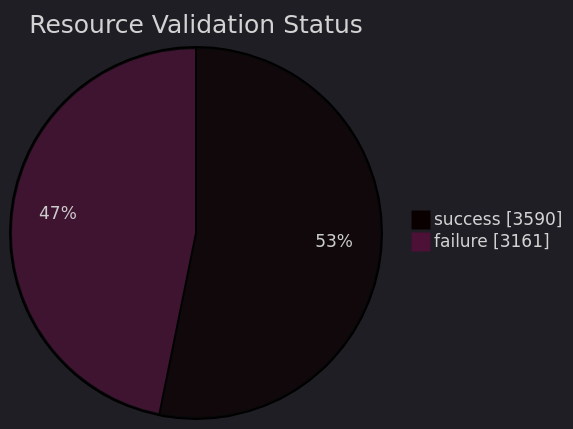
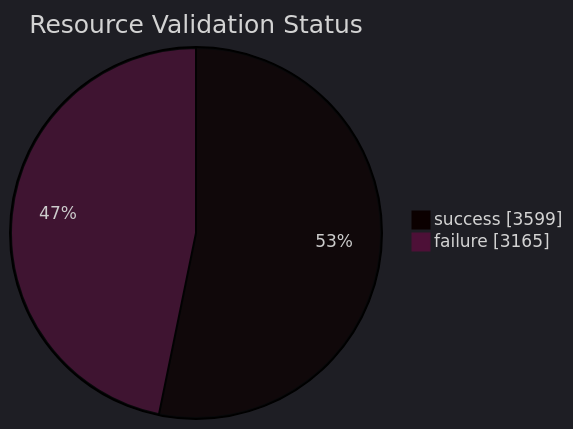
One commit to open-data/analytics-corporate-reporting changed the diagram in datastore_tracker/resource_validation_status_pie_chart.md. Above: the diagram before and after it, drawn with Mermaid. The commit also changed 9 other files, not shown here.

````diff
--- a/datastore_tracker/resource_validation_status_pie_chart.md
+++ b/datastore_tracker/resource_validation_status_pie_chart.md
@@ -2,9 +2,9 @@
 ```mermaid
 ---
 config:
   theme: dark
 ---
 pie showData title Resource Validation Status
-    "success": 3590
-    "failure": 3161
+    "success": 3599
+    "failure": 3165
 ```
````
